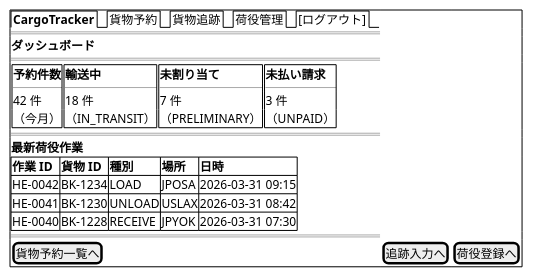
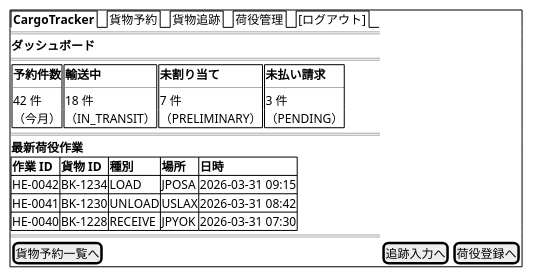
One commit to k2works/case-study-cargo-tracker changed the fourth of 15 diagrams in docs/design/ui_design.md. Above: the diagram before and after it, drawn with PlantUML. The commit also changed other lines of this file, not shown here.

````diff
--- a/docs/design/ui_design.md
+++ b/docs/design/ui_design.md
@@ -282,46 +282,46 @@
 ```plantuml
 @startsalt
 {+
   {/ <b>CargoTracker</b> | 貨物予約 | 貨物追跡 | 荷役管理 | [ログアウト] }
   ==
   <b>ダッシュボード</b>
   ==
   {
     {+
       <b>予約件数</b>
       ----
       42 件
       （今月）
     } |
     {+
       <b>輸送中</b>
       ----
       18 件
       （IN_TRANSIT）
     } |
     {+
       <b>未割り当て</b>
       ----
       7 件
       （PRELIMINARY）
     } |
     {+
       <b>未払い請求</b>
       ----
       3 件
-      （UNPAID）
+      （PENDING）
     }
   }
   ==
   <b>最新荷役作業</b>
   {#
     **作業 ID** | **貨物 ID** | **種別** | **場所** | **日時**
     HE-0042     | BK-1234     | LOAD     | JPOSA    | 2026-03-31 09:15
     HE-0041     | BK-1230     | UNLOAD   | USLAX    | 2026-03-31 08:42
     HE-0040     | BK-1228     | RECEIVE  | JPYOK    | 2026-03-31 07:30
   }
   ==
   [貨物予約一覧へ] | [追跡入力へ] | [荷役登録へ]
 }
 @endsalt
 ```
````
